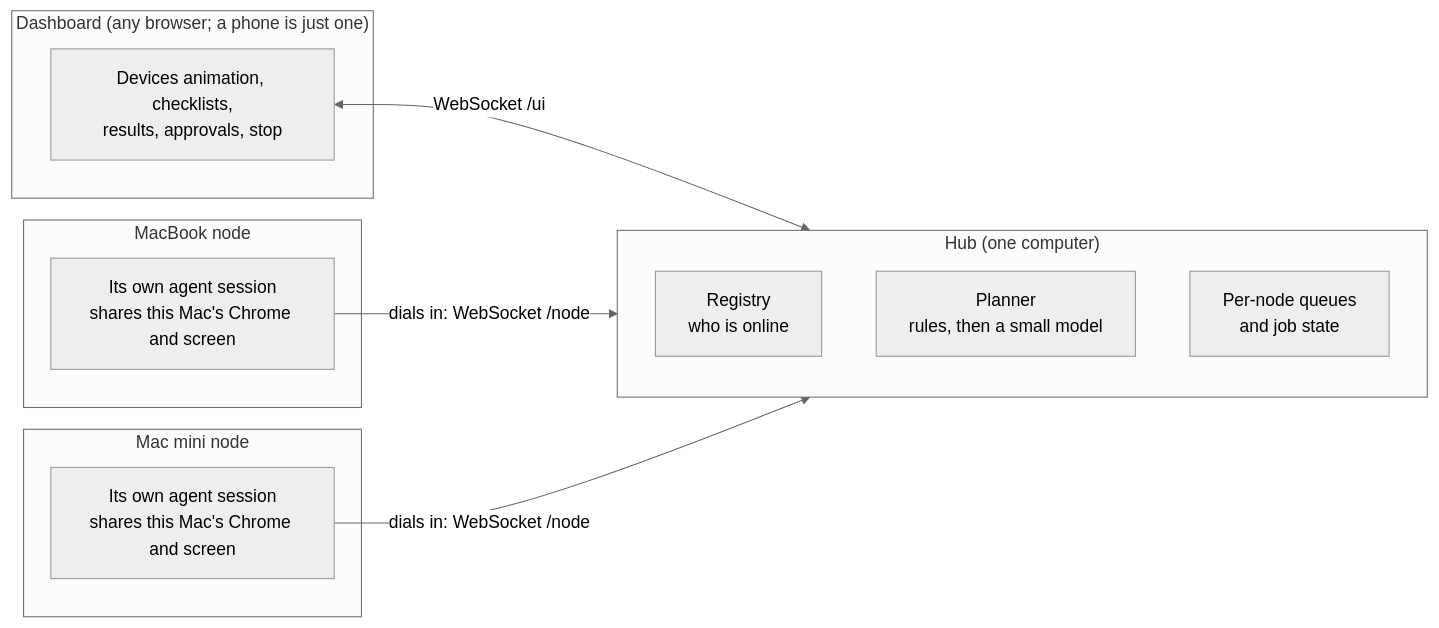
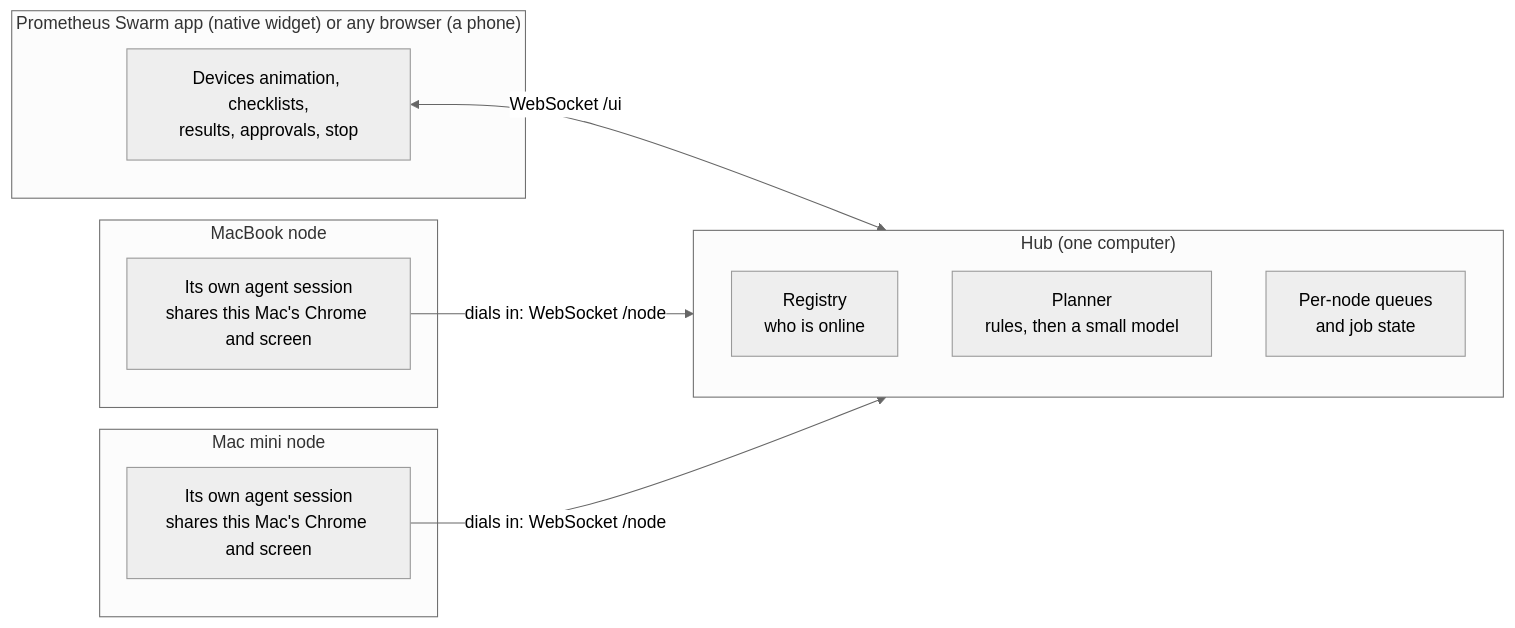
The fifth of 5 diagrams in DESIGN.md (siddh30/prometheus-voice-control), drawn with Mermaid (neutral theme) before and after one commit. The commit also changed other lines of this file and 14 other files, not shown here.

First line of the commit message:
Prometheus Swarm app: native floating widget that starts its own backend

````diff
--- a/DESIGN.md
+++ b/DESIGN.md
@@ -270,20 +272,20 @@
 ```mermaid
 flowchart LR
-    subgraph Dash["Dashboard (any browser; a phone is just one)"]
+    subgraph Dash["Prometheus Swarm app (native widget) or any browser (a phone)"]
         D[Devices animation, checklists,<br/>results, approvals, stop]
     end
     subgraph Hub["Hub (one computer)"]
         REG[Registry<br/>who is online]
         PL[Planner<br/>rules, then a small model]
         Q[Per-node queues<br/>and job state]
     end
     subgraph N1["MacBook node"]
         A1[Its own agent session<br/>shares this Mac's Chrome and screen]
     end
     subgraph N2["Mac mini node"]
         A2[Its own agent session<br/>shares this Mac's Chrome and screen]
     end
     D <-- WebSocket /ui --> Hub
     A1 -- dials in: WebSocket /node --> Hub
     A2 -- dials in: WebSocket /node --> Hub
 ```
````
